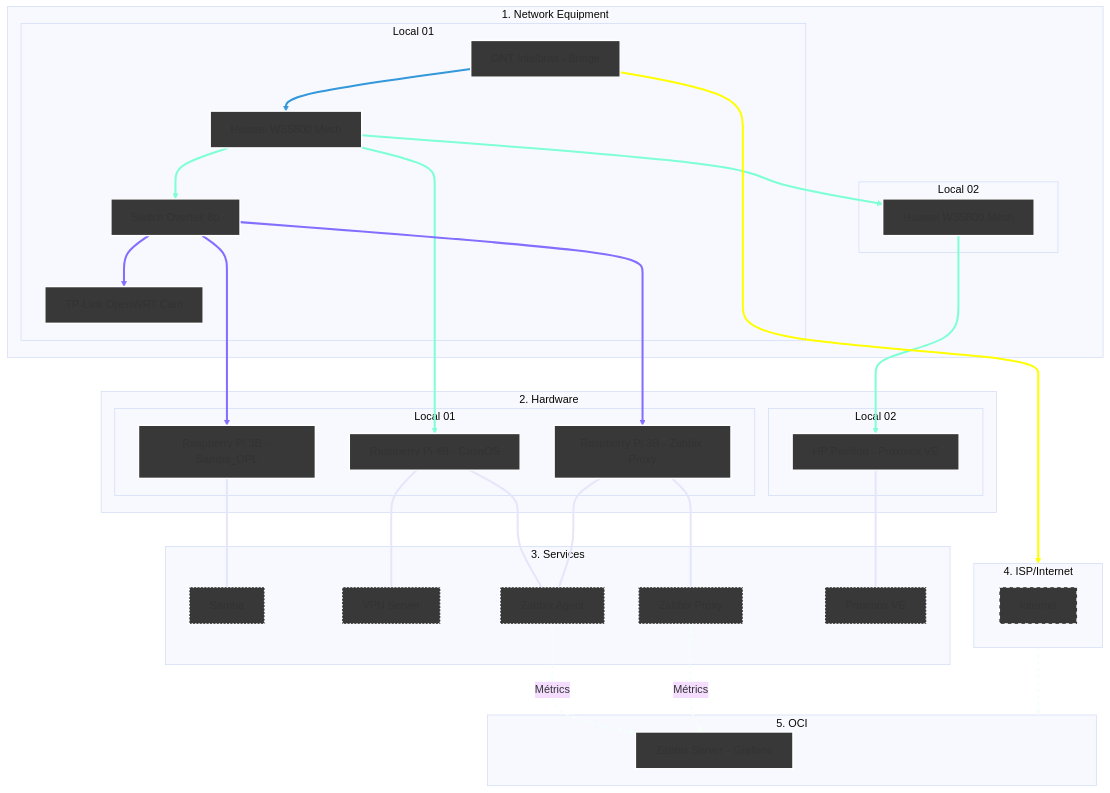
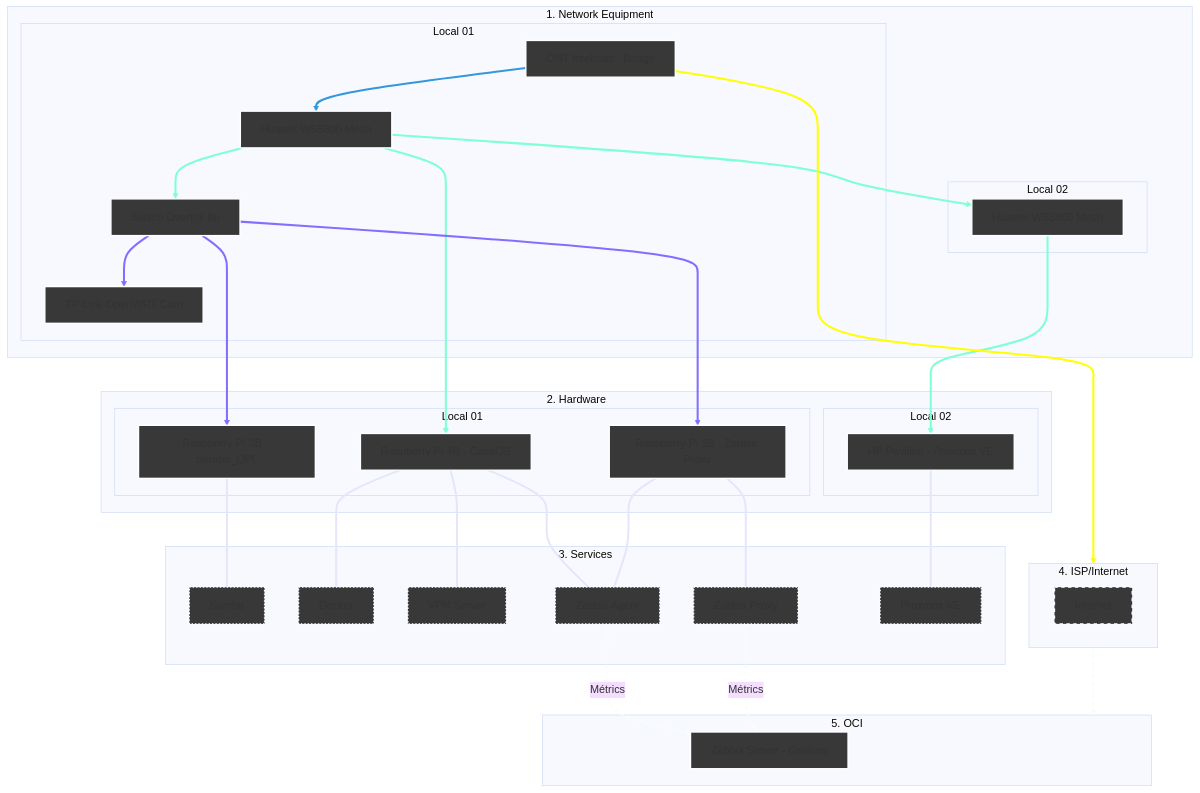
Before and after one commit to kevindexter22/Dr-Hardware-Autonet: the diagram in Infraestructure/README.md, drawn with Mermaid (base theme).

````diff
--- a/Infraestructure/README.md
+++ b/Infraestructure/README.md
@@ -13,71 +13,72 @@
 ```mermaid
 graph TD
     %% Styles
     classDef network fill:#383838,stroke:#FFFFFF,stroke-width:2px;
     classDef hardware fill:#383838,stroke:#FFFFFF,stroke-width:2px;
     classDef internet fill:#383838,stroke:#FFFFFF,stroke-width:2px,stroke-dasharray: 5 5;
     classDef services fill:#383838,stroke:#FFFFFF,stroke-width:2px, stroke-dasharray: 2 3;
     classDef oci fill:#383838,stroke:#FFFFFF,stroke-width:2px;
 
     %% 1. NETWORK EQUIPMENT
     subgraph Principal["1. Network Equipment"]
     subgraph S1 [Local 01]
         ONT[ONT Intelbras - Bridge]:::network --> R_Mesh1[Huawei WS5800 Mesh]:::network
         R_Mesh1 --> SW1[Switch Overtek 8p]:::network
         SW1 --> R_Cams[TP-Link OpenWRT Cam]:::network    
     end
     subgraph S2 [Local 02]
         R_Mesh1 --> R_Mesh2[Huawei WS5800 Mesh]:::network
     end
     end
     
     %% 2. HARDWARE
     subgraph Principal02["2. Hardware"]
     subgraph S3 [Local 01]
         SW1 ---> RPi3B_1[Raspberry Pi 3B - Samba_OPL]:::hardware
         R_Mesh1 ---> RPi4B[Raspberry Pi 4B - CasaOS]:::hardware
         SW1 ---> RPi3B_2[Raspberry Pi 3B - Zabbix Proxy]:::hardware
     end
     subgraph S4 [Local 02]
         R_Mesh2 ---> HP[HP Pavilion - Proxmox VE]:::hardware
     end
     end
 
     %% 3. SERVICES     
     subgraph S5 [3. Services];
         RPi3B_1 --- SMB1[Samba]:::services
+        RPi4B --- Docker[Docker]:::services
         RPi4B --- VPN[VPN Server]:::services
         RPi4B --- ZA[Zabbix Agent]:::services
         RPi3B_2 --- ZA[Zabbix Agent]:::services
         RPi3B_2 --- ZP[Zabbix Proxy]:::services
         HP --- PVE[Proxmox VE]:::services        
     end
 
     %% 4. Internet (The Bridge)
     subgraph S6 [4. ISP/Internet]
            internet[Internet]:::internet
     end
 
     %% 5. Oracle Cloud Infrastructure
     subgraph S7 [5. OCI]
         ZS[Zabbix Server - Grafana]:::oci
     end
 
     %% Conections of data flow
     ONT --> S6
     S6 --> S7
     
     %% Logical conections
     ZA -.-> |Métrics| ZS
     ZP -.-> |Métrics| ZS 
 
     %% --- Set collor on conections ---
     
     linkStyle 0 stroke:#3498db,stroke-width:3px;
     linkStyle 1,3,5,7 stroke:#7FFFD4,stroke-width:3px;
     linkStyle 2,4,6 stroke:#836FFF,stroke-width:3px;
-    linkStyle 8,9,10,11,12,13 stroke:#E6E6FA,stroke-width:3px;
-    linkStyle 14 stroke:#FFFF00,stroke-width:3px;
-    linkStyle 15,16,17 stroke:#F5FFFA,stroke-width:3px,stroke-dasharray: 5 5;
+    linkStyle 8,9,10,11,12,13,14 stroke:#E6E6FA,stroke-width:3px;
+    linkStyle 15 stroke:#FFFF00,stroke-width:3px;
+    linkStyle 16,17,18 stroke:#F5FFFA,stroke-width:3px,stroke-dasharray: 5 5;
 
 ```
````
